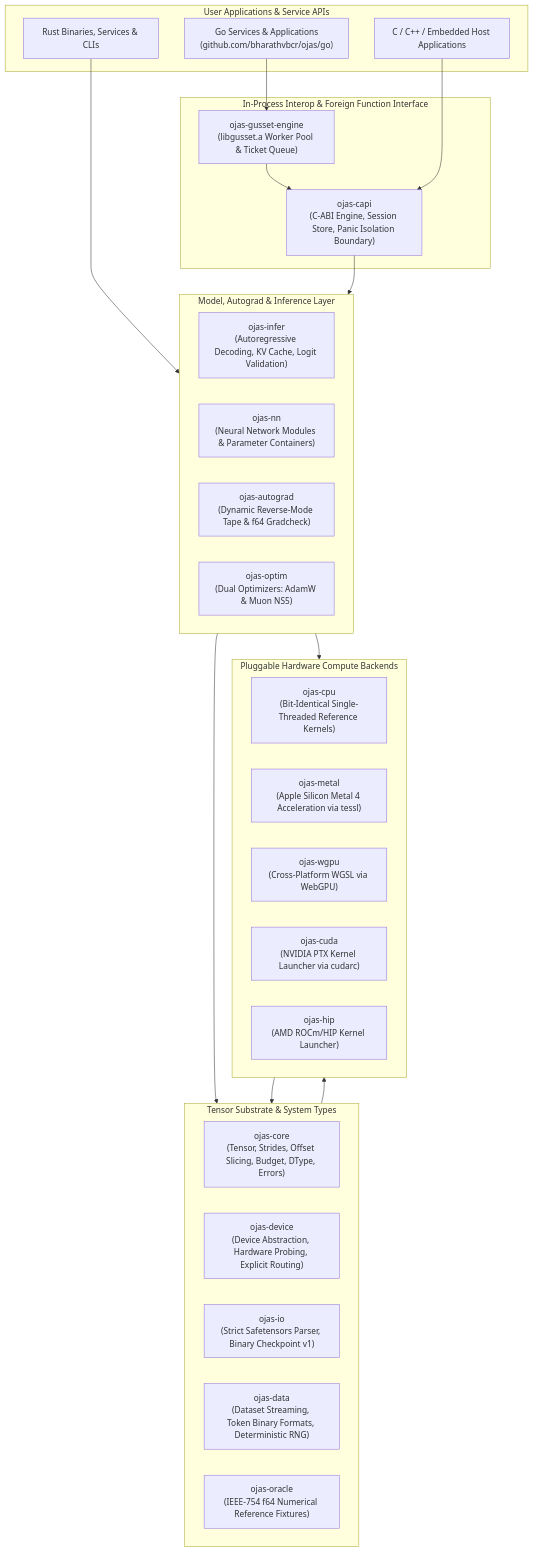
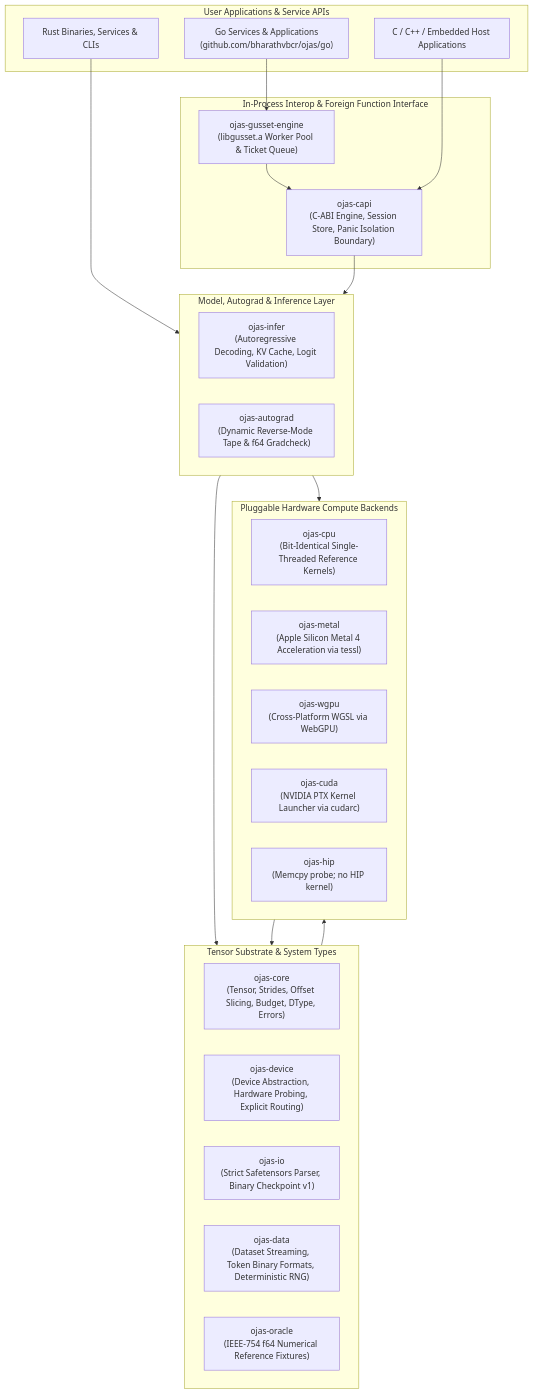
Before and after one commit to bharathvbcr/ojas: the second of 5 diagrams in README.md, drawn with Mermaid. The commit also changed other lines of this file and 15 other files, not shown here.

````diff
--- a/README.md
+++ b/README.md
@@ -56,47 +56,45 @@
 ```mermaid
 flowchart TD
     subgraph Applications["User Applications & Service APIs"]
         GoApp["Go Services & Applications\n(github.com/bharathvbcr/ojas/go)"]
         RustApp["Rust Binaries, Services & CLIs"]
         ForeignApp["C / C++ / Embedded Host Applications"]
     end
 
     subgraph Interop["In-Process Interop & Foreign Function Interface"]
         Gusset["ojas-gusset-engine\n(libgusset.a Worker Pool & Ticket Queue)"]
         CAPI["ojas-capi\n(C-ABI Engine, Session Store, Panic Isolation Boundary)"]
     end
 
     subgraph HighLevel["Model, Autograd & Inference Layer"]
         Infer["ojas-infer\n(Autoregressive Decoding, KV Cache, Logit Validation)"]
-        NN["ojas-nn\n(Neural Network Modules & Parameter Containers)"]
         Autograd["ojas-autograd\n(Dynamic Reverse-Mode Tape & f64 Gradcheck)"]
-        Optim["ojas-optim\n(Dual Optimizers: AdamW & Muon NS5)"]
     end
 
     subgraph CoreEngine["Tensor Substrate & System Types"]
         Core["ojas-core\n(Tensor, Strides, Offset Slicing, Budget, DType, Errors)"]
         Device["ojas-device\n(Device Abstraction, Hardware Probing, Explicit Routing)"]
         IO["ojas-io\n(Strict Safetensors Parser, Binary Checkpoint v1)"]
         Data["ojas-data\n(Dataset Streaming, Token Binary Formats, Deterministic RNG)"]
         Oracle["ojas-oracle\n(IEEE-754 f64 Numerical Reference Fixtures)"]
     end
 
     subgraph HardwareBackends["Pluggable Hardware Compute Backends"]
         CPU["ojas-cpu\n(Bit-Identical Single-Threaded Reference Kernels)"]
         Metal["ojas-metal\n(Apple Silicon Metal 4 Acceleration via tessl)"]
         WGPU["ojas-wgpu\n(Cross-Platform WGSL via WebGPU)"]
         CUDA["ojas-cuda\n(NVIDIA PTX Kernel Launcher via cudarc)"]
-        HIP["ojas-hip\n(AMD ROCm/HIP Kernel Launcher)"]
+        HIP["ojas-hip\n(Memcpy probe; no HIP kernel)"]
     end
 
     GoApp --> Gusset
     Gusset --> CAPI
     ForeignApp --> CAPI
     RustApp --> HighLevel
     CAPI --> HighLevel
 
     HighLevel --> CoreEngine
     HighLevel --> HardwareBackends
     HardwareBackends --> CoreEngine
     CoreEngine --> HardwareBackends
 ```
````
